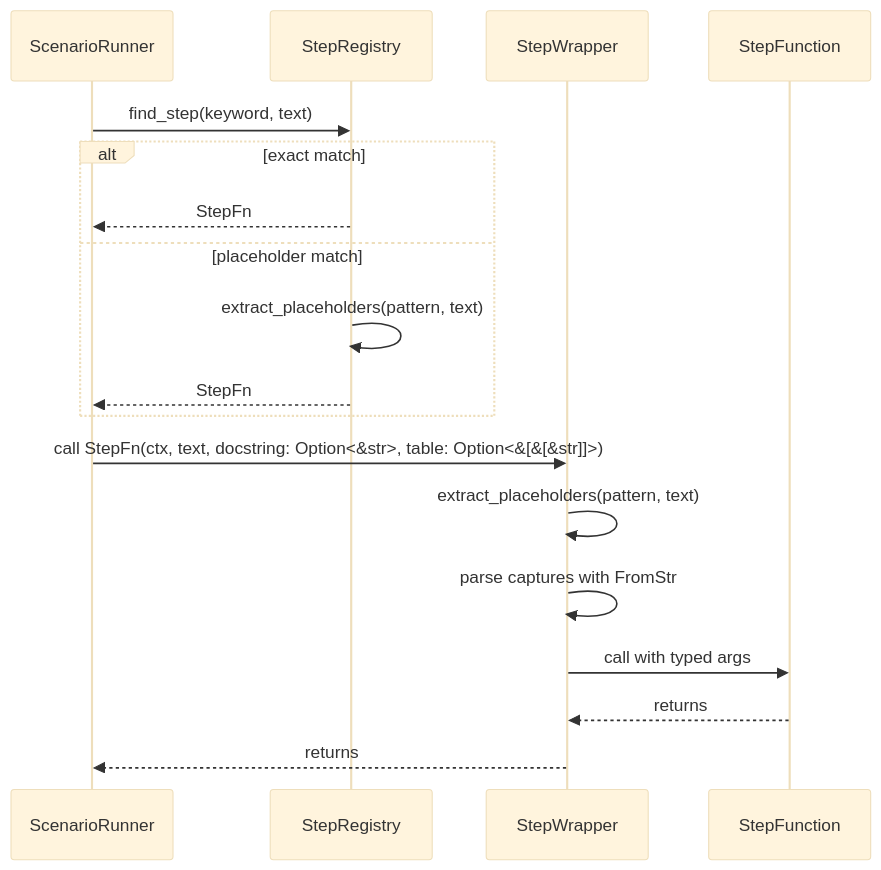
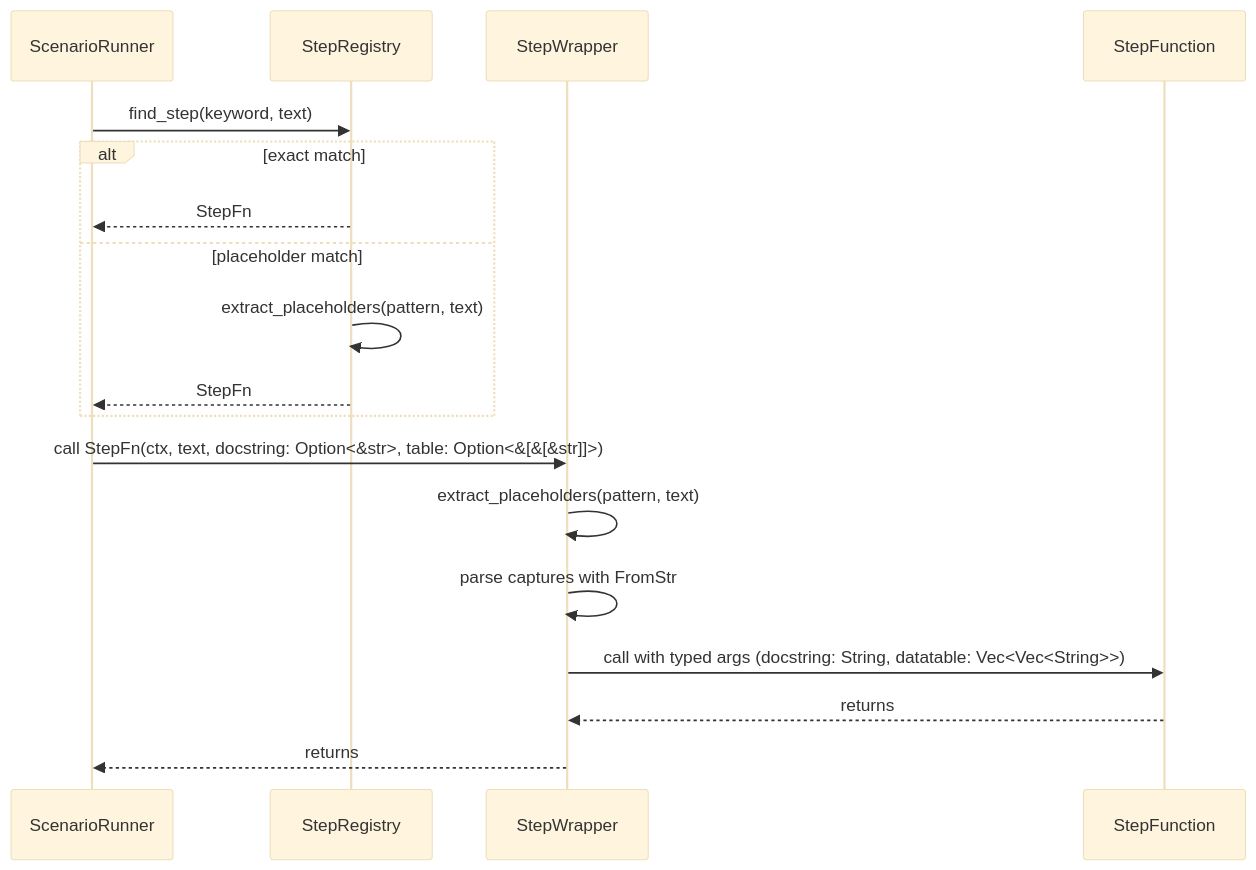
One commit to leynos/rstest-bdd changed the fourth of 4 diagrams in docs/rstest-bdd-design.md. Above: the diagram before and after it, drawn with Mermaid (base theme). The commit also changed other lines of this file and 1 other file, not shown here.

Commit message:
Clarify doc string ordering and wrapper allocation

````diff
--- a/docs/rstest-bdd-design.md
+++ b/docs/rstest-bdd-design.md
@@ -929,21 +931,21 @@
 ```mermaid
 sequenceDiagram
     participant ScenarioRunner
     participant StepRegistry
     participant StepWrapper
     participant StepFunction
 
     ScenarioRunner->>StepRegistry: find_step(keyword, text)
     alt exact match
         StepRegistry-->>ScenarioRunner: StepFn
     else placeholder match
         StepRegistry->>StepRegistry: extract_placeholders(pattern, text)
         StepRegistry-->>ScenarioRunner: StepFn
     end
     ScenarioRunner->>StepWrapper: call StepFn(ctx, text, docstring: Option<&str>, table: Option<&[&[&str]]>)
     StepWrapper->>StepWrapper: extract_placeholders(pattern, text)
     StepWrapper->>StepWrapper: parse captures with FromStr
-    StepWrapper->>StepFunction: call with typed args
+    StepWrapper->>StepFunction: call with typed args (docstring: String, datatable: Vec<Vec<String>>)
     StepFunction-->>StepWrapper: returns
     StepWrapper-->>ScenarioRunner: returns
 ```
````
